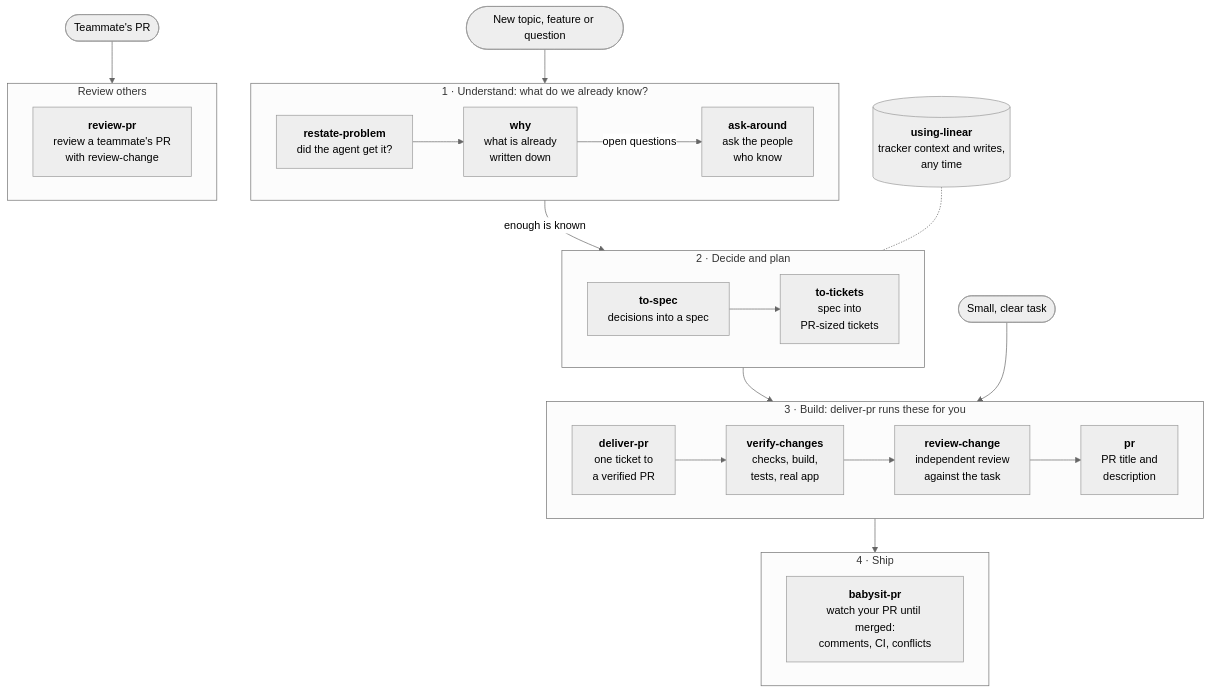
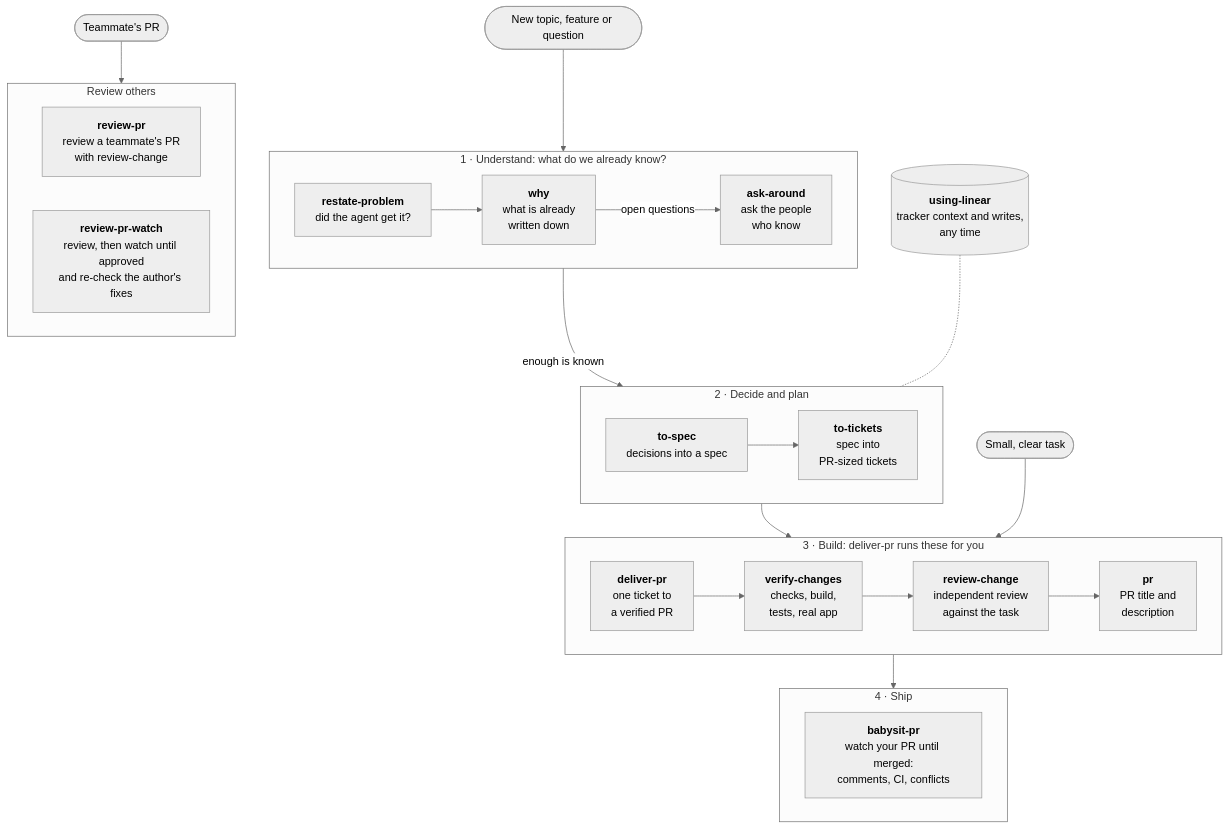
The diagram in README.md (k0siara/skills), drawn with Mermaid (neutral theme) before and after one commit. The commit also changed other lines of this file and 3 other files, not shown here.

Commit message:
feat: add review-pr-watch skill

````diff
--- a/README.md
+++ b/README.md
@@ -17,48 +17,49 @@
 ```mermaid
 flowchart TD
     start([New topic, feature or question])
     small([Small, clear task])
     theirs([Teammate's PR])
 
     subgraph understand["1 · Understand: what do we already know?"]
         direction LR
         restate["<b>restate-problem</b><br/>did the agent get it?"]
         why["<b>why</b><br/>what is already<br/>written down"]
         ask["<b>ask-around</b><br/>ask the people<br/>who know"]
         restate --> why -- "open questions" --> ask
     end
 
     subgraph decide["2 · Decide and plan"]
         direction LR
         spec["<b>to-spec</b><br/>decisions into a spec"]
         tickets["<b>to-tickets</b><br/>spec into<br/>PR-sized tickets"]
         spec --> tickets
     end
 
     subgraph build["3 · Build: deliver-pr runs these for you"]
         direction LR
         deliver["<b>deliver-pr</b><br/>one ticket to<br/>a verified PR"]
         verify["<b>verify-changes</b><br/>checks, build,<br/>tests, real app"]
         rc["<b>review-change</b><br/>independent review<br/>against the task"]
         pr["<b>pr</b><br/>PR title and<br/>description"]
         deliver --> verify --> rc --> pr
     end
 
     subgraph ship["4 · Ship"]
         babysit["<b>babysit-pr</b><br/>watch your PR until merged:<br/>comments, CI, conflicts"]
     end
 
     subgraph others["Review others"]
         reviewpr["<b>review-pr</b><br/>review a teammate's PR<br/>with review-change"]
+        reviewwatch["<b>review-pr-watch</b><br/>review, then watch until approved<br/>and re-check the author's fixes"]
     end
 
     linear[("<b>using-linear</b><br/>tracker context and writes,<br/>any time")]
 
     start --> understand
     understand -- "enough is known" --> decide
     decide --> build
     small --> build
     build --> ship
     theirs --> others
     linear -.- decide
 ```
````
